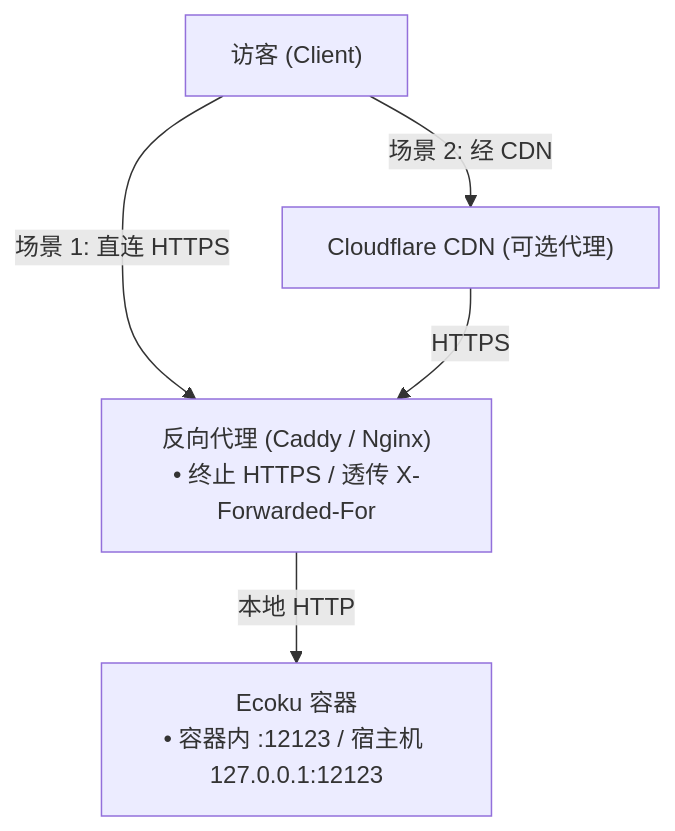
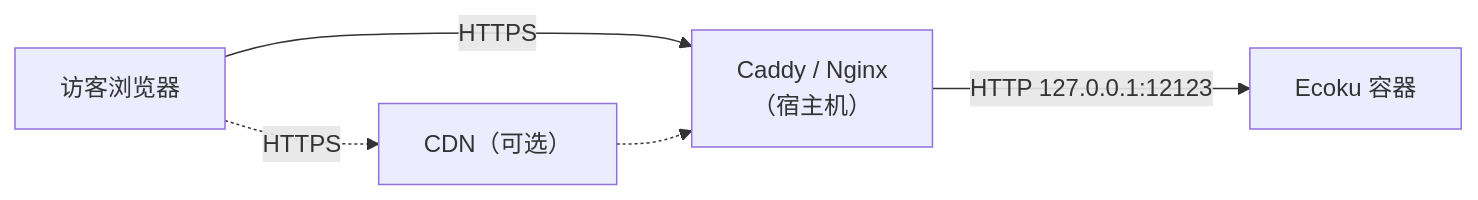
The diagram in docs/self-hosting/reverse-proxy.md (DejavuMoe/Ecoku), drawn with Mermaid before and after one commit. The commit also changed other lines of this file and 165 other files, not shown here.

````diff
--- a/docs/self-hosting/reverse-proxy.md
+++ b/docs/self-hosting/reverse-proxy.md
@@ -9,12 +12,6 @@
 ```mermaid
-flowchart TD
-    V["访客 (Client)"]
-    CDN["Cloudflare CDN (可选代理)"]
-    Proxy["反向代理 (Caddy / Nginx)<br/>• 终止 HTTPS / 透传 X-Forwarded-For"]
-    Container["Ecoku 容器<br/>• 容器内 :12123 / 宿主机 127.0.0.1:12123"]
-
-    V -->|场景 1: 直连 HTTPS| Proxy
-    V -->|场景 2: 经 CDN| CDN
-    CDN -->|HTTPS| Proxy
-    Proxy -->|本地 HTTP| Container
+flowchart LR
+    V["访客浏览器"] -->|HTTPS| P["Caddy / Nginx<br/>（宿主机）"]
+    V -.->|HTTPS| C["CDN（可选）"] -.-> P
+    P -->|"HTTP 127.0.0.1:12123"| E["Ecoku 容器"]
 ```
````
